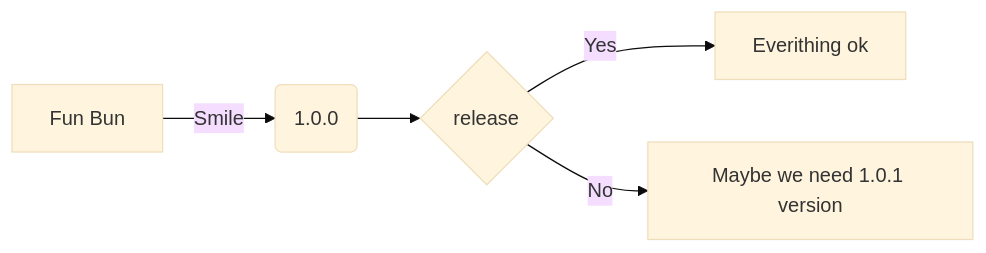
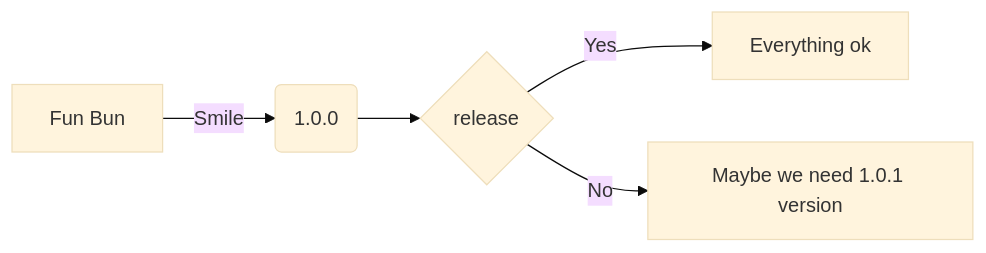
One commit to dfkuro/bunbun_just_fur_fun changed the diagram in README.md. Above: the diagram before and after it, drawn with Mermaid (base theme).

Commit message:
📝docs(README): Typo fix

````diff
--- a/README.md
+++ b/README.md
@@ -7,8 +7,8 @@
 ```mermaid
 flowchart LR
 
 A[Fun Bun] -->|Smile| B(1.0.0)
 B --> C{release}
-C -->|Yes| D[Everithing ok]
+C -->|Yes| D[Everything ok]
 C -->|No| E[Maybe we need 1.0.1 version]
 ```
````
